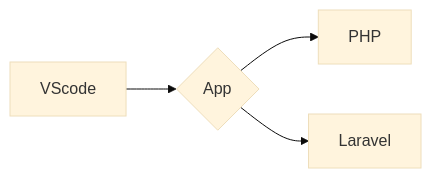
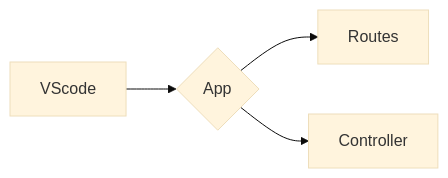
The diagram in readme.md (SauloCandeira/PHP-Laravel), drawn with Mermaid (base theme) before and after one commit. The commit also changed other lines of this file, not shown here.

````diff
--- a/readme.md
+++ b/readme.md
@@ -19,8 +18,8 @@
 ```mermaid
 flowchart LR
 B[VScode]
 
 B --> C{App}
-C --> K[PHP]
-C --> L[Laravel]
+C --> K[Routes]
+C --> L[Controller]
 ```
````
